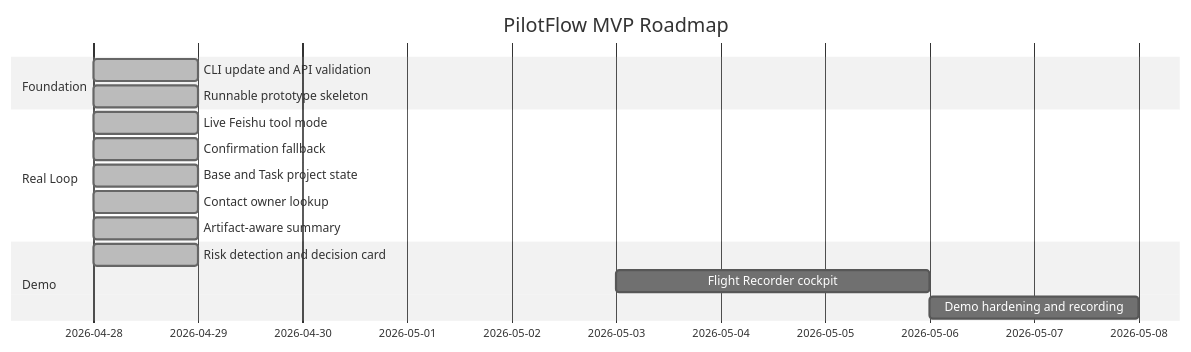
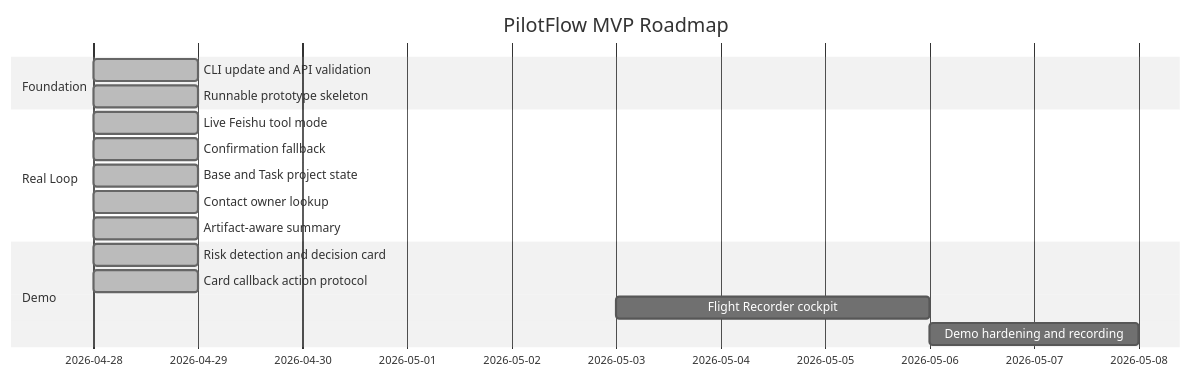
The fourth of 4 diagrams in README.md (DeliciousBuding/pilot-flow), drawn with Mermaid (neutral theme) before and after one commit. The commit also changed other lines of this file and 12 other files, not shown here.

Commit message:
Add card callback action protocol

````diff
--- a/README.md
+++ b/README.md
@@ -194,18 +195,19 @@
 ```mermaid
 gantt
     title PilotFlow MVP Roadmap
     dateFormat  YYYY-MM-DD
     section Foundation
     CLI update and API validation        :done,    a1, 2026-04-28, 1d
     Runnable prototype skeleton          :done,    a2, 2026-04-28, 1d
     section Real Loop
     Live Feishu tool mode                :done,    b1, 2026-04-28, 1d
     Confirmation fallback                :done,    b2, 2026-04-28, 1d
     Base and Task project state          :done,    b3, 2026-04-28, 1d
     Contact owner lookup                 :done,    b4, 2026-04-28, 1d
     Artifact-aware summary               :done,    b5, 2026-04-28, 1d
     section Demo
     Risk detection and decision card     :done,    c1, 2026-04-28, 1d
-    Flight Recorder cockpit              :         c2, 2026-05-03, 3d
-    Demo hardening and recording         :         c3, 2026-05-06, 2d
+    Card callback action protocol        :done,    c2, 2026-04-28, 1d
+    Flight Recorder cockpit              :         c3, 2026-05-03, 3d
+    Demo hardening and recording         :         c4, 2026-05-06, 2d
 ```
````
